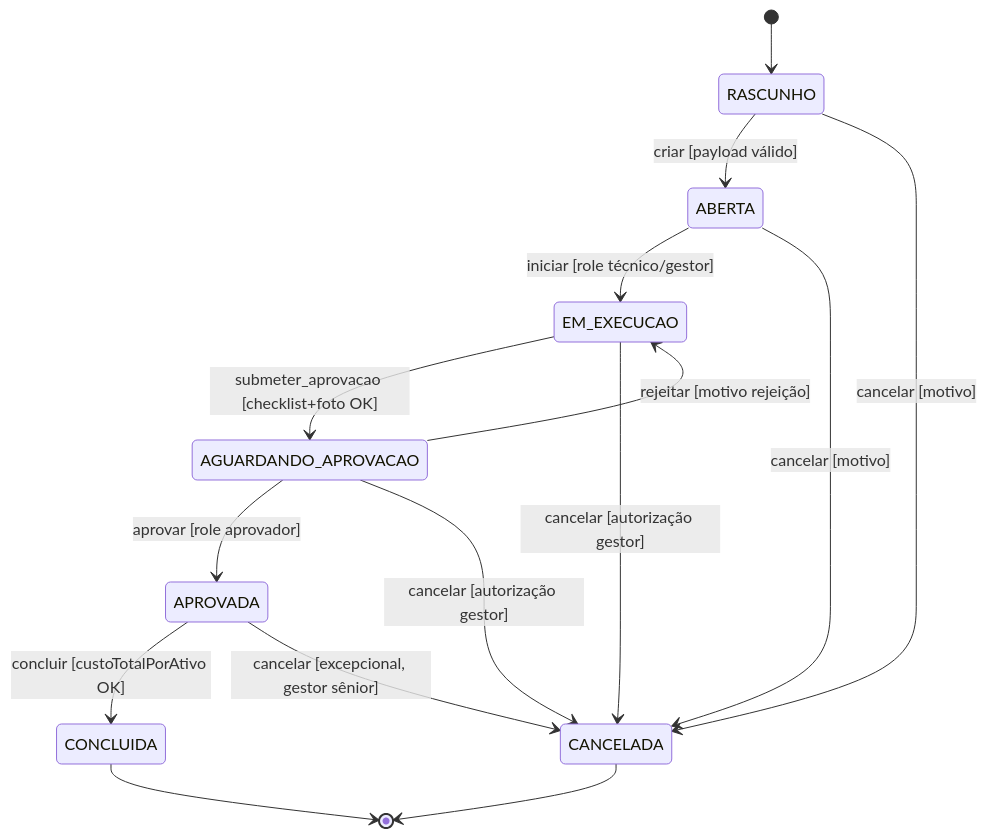
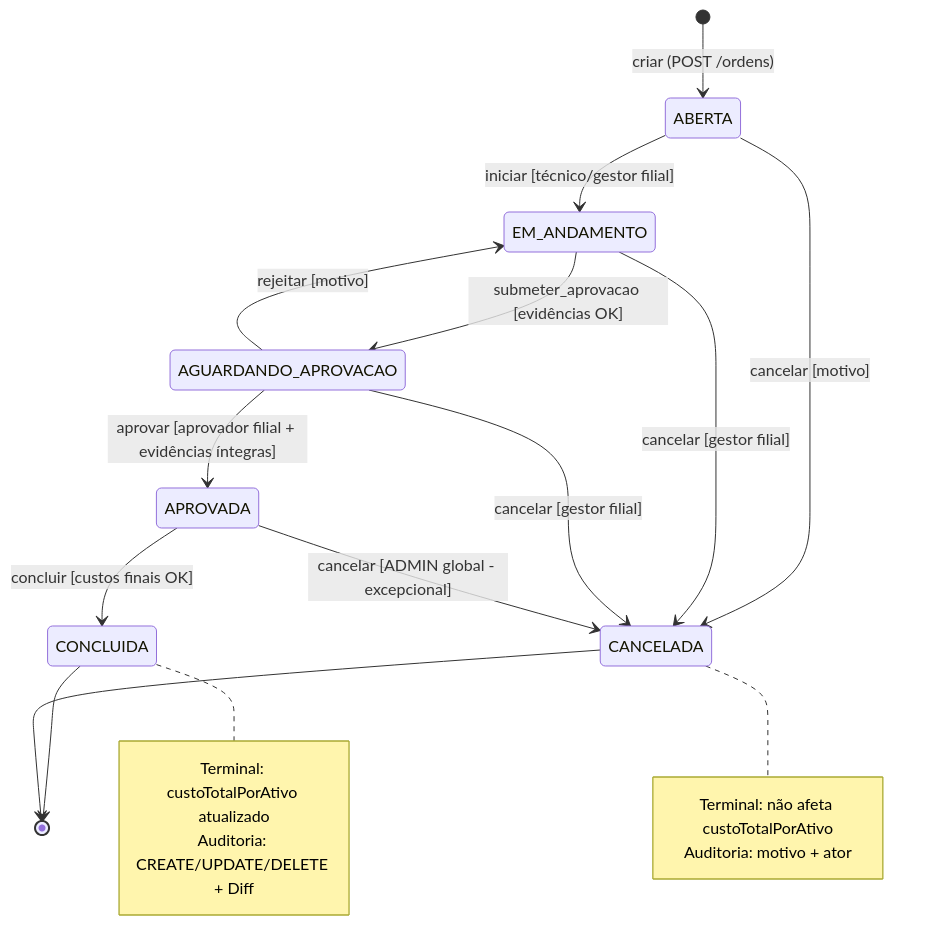
Before and after one commit to diogo-rp-menezes/aegispatrimonio: the first of 8 diagrams in docs/03-architecture/state-machines.md, drawn with Mermaid. The commit also changed other lines of this file and 16 other files, not shown here.

````diff
--- a/docs/03-architecture/state-machines.md
+++ b/docs/03-architecture/state-machines.md
@@ -50,22 +50,30 @@
 ```mermaid
 stateDiagram-v2
-    [*] --> RASCUNHO
-    RASCUNHO --> ABERTA: criar [payload válido]
-    RASCUNHO --> CANCELADA: cancelar [motivo]
+    [*] --> ABERTA: criar (POST /ordens)
     
-    ABERTA --> EM_EXECUCAO: iniciar [role técnico/gestor]
+    ABERTA --> EM_ANDAMENTO: iniciar [técnico/gestor filial]
     ABERTA --> CANCELADA: cancelar [motivo]
     
-    EM_EXECUCAO --> AGUARDANDO_APROVACAO: submeter_aprovacao [checklist+foto OK]
-    EM_EXECUCAO --> CANCELADA: cancelar [autorização gestor]
+    EM_ANDAMENTO --> AGUARDANDO_APROVACAO: submeter_aprovacao [evidências OK]
+    EM_ANDAMENTO --> CANCELADA: cancelar [gestor filial]
     
-    AGUARDANDO_APROVACAO --> APROVADA: aprovar [role aprovador]
-    AGUARDANDO_APROVACAO --> EM_EXECUCAO: rejeitar [motivo rejeição]
-    AGUARDANDO_APROVACAO --> CANCELADA: cancelar [autorização gestor]
+    AGUARDANDO_APROVACAO --> APROVADA: aprovar [aprovador filial + evidências íntegras]
+    AGUARDANDO_APROVACAO --> EM_ANDAMENTO: rejeitar [motivo]
+    AGUARDANDO_APROVACAO --> CANCELADA: cancelar [gestor filial]
     
-    APROVADA --> CONCLUIDA: concluir [custoTotalPorAtivo OK]
-    APROVADA --> CANCELADA: cancelar [excepcional, gestor sênior]
+    APROVADA --> CONCLUIDA: concluir [custos finais OK]
+    APROVADA --> CANCELADA: cancelar [ADMIN global - excepcional]
     
     CONCLUIDA --> [*]
     CANCELADA --> [*]
+    
+    note right of CONCLUIDA
+        Terminal: custoTotalPorAtivo atualizado
+        Auditoria: CREATE/UPDATE/DELETE + Diff
+    end note
+    
+    note right of CANCELADA
+        Terminal: não afeta custoTotalPorAtivo
+        Auditoria: motivo + ator
+    end note
 ```
````
